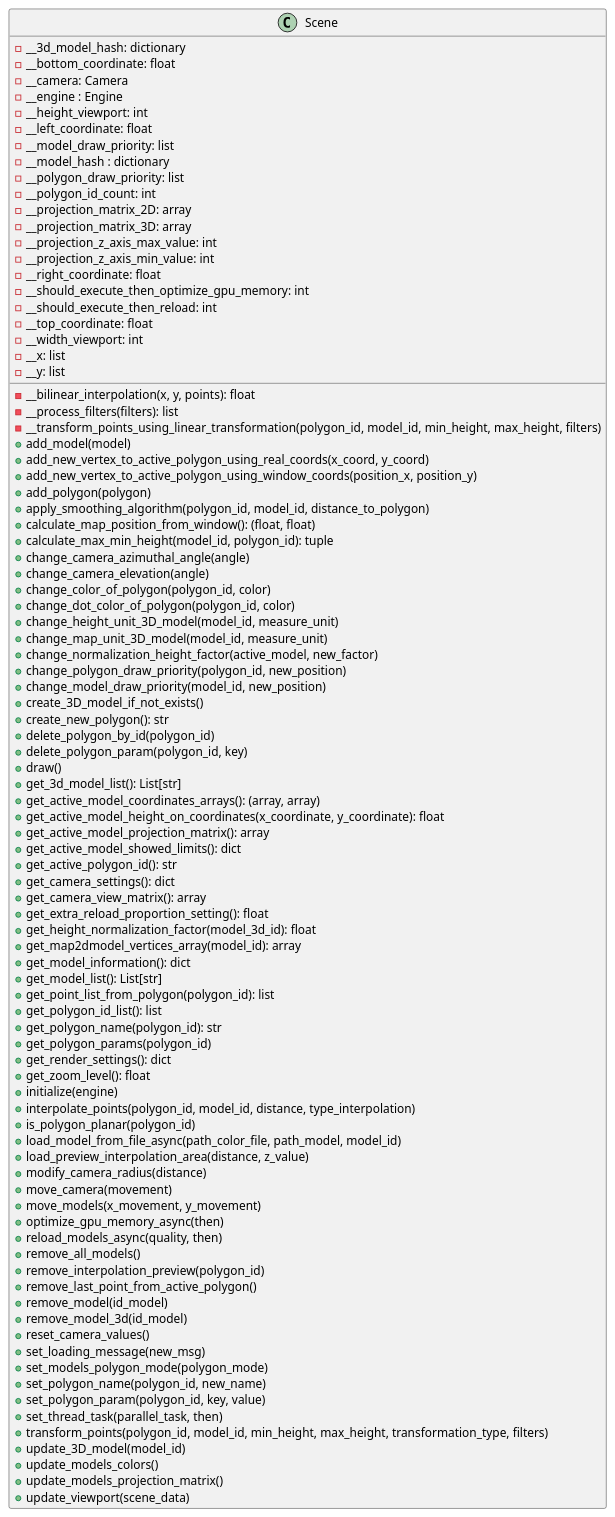
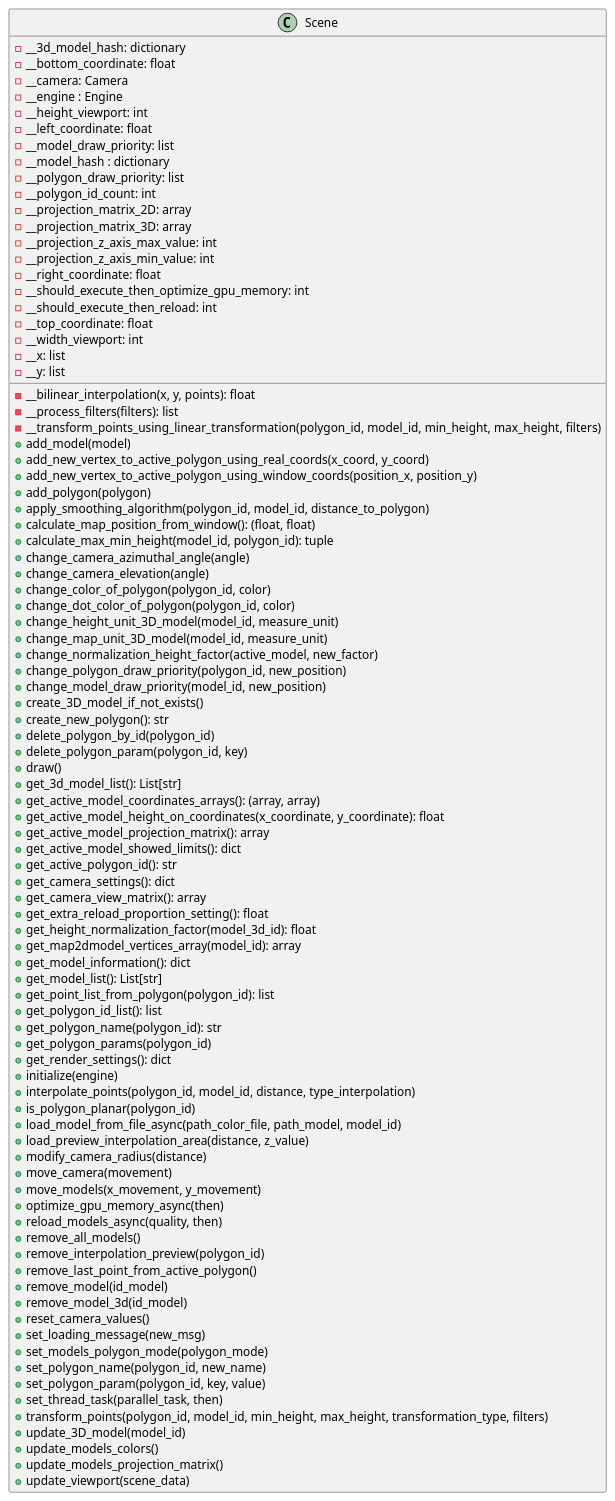
The diagram in docs/classes/Scene.puml (ferpoble2/Relief_Creator), drawn with PlantUML before and after one commit. The commit also changed 1 other file, not shown here.

```diff
--- a/docs/classes/Scene.puml
+++ b/docs/classes/Scene.puml
@@ -1,95 +1,94 @@
 @startuml
             class Scene{
                 - __bilinear_interpolation(x, y, points): float
                 - __process_filters(filters): list
                 - __transform_points_using_linear_transformation(polygon_id, model_id, min_height, max_height, filters)
                 + add_model(model)
                 + add_new_vertex_to_active_polygon_using_real_coords(x_coord, y_coord)
                 + add_new_vertex_to_active_polygon_using_window_coords(position_x, position_y)
                 + add_polygon(polygon)
                 + apply_smoothing_algorithm(polygon_id, model_id, distance_to_polygon)
                 + calculate_map_position_from_window(): (float, float)
                 + calculate_max_min_height(model_id, polygon_id): tuple
                 + change_camera_azimuthal_angle(angle)
                 + change_camera_elevation(angle)
                 + change_color_of_polygon(polygon_id, color)
                 + change_dot_color_of_polygon(polygon_id, color)
                 + change_height_unit_3D_model(model_id, measure_unit)
                 + change_map_unit_3D_model(model_id, measure_unit)
                 + change_normalization_height_factor(active_model, new_factor)
                 + change_polygon_draw_priority(polygon_id, new_position)
                 + change_model_draw_priority(model_id, new_position)
                 + create_3D_model_if_not_exists()
                 + create_new_polygon(): str
                 + delete_polygon_by_id(polygon_id)
                 + delete_polygon_param(polygon_id, key)
                 + draw()
                 + get_3d_model_list(): List[str]
                 + get_active_model_coordinates_arrays(): (array, array)
                 + get_active_model_height_on_coordinates(x_coordinate, y_coordinate): float
                 + get_active_model_projection_matrix(): array
                 + get_active_model_showed_limits(): dict
                 + get_active_polygon_id(): str
                 + get_camera_settings(): dict
                 + get_camera_view_matrix(): array
                 + get_extra_reload_proportion_setting(): float
                 + get_height_normalization_factor(model_3d_id): float
                 + get_map2dmodel_vertices_array(model_id): array
                 + get_model_information(): dict
                 + get_model_list(): List[str]
                 + get_point_list_from_polygon(polygon_id): list
                 + get_polygon_id_list(): list
                 + get_polygon_name(polygon_id): str
                 + get_polygon_params(polygon_id)
                 + get_render_settings(): dict
-                + get_zoom_level(): float
                 + initialize(engine)
                 + interpolate_points(polygon_id, model_id, distance, type_interpolation)
                 + is_polygon_planar(polygon_id)
                 + load_model_from_file_async(path_color_file, path_model, model_id)
                 + load_preview_interpolation_area(distance, z_value)
                 + modify_camera_radius(distance)
                 + move_camera(movement)
                 + move_models(x_movement, y_movement)
                 + optimize_gpu_memory_async(then)
                 + reload_models_async(quality, then)
                 + remove_all_models()
                 + remove_interpolation_preview(polygon_id)
                 + remove_last_point_from_active_polygon()
                 + remove_model(id_model)
                 + remove_model_3d(id_model)
                 + reset_camera_values()
                 + set_loading_message(new_msg)
                 + set_models_polygon_mode(polygon_mode)
                 + set_polygon_name(polygon_id, new_name)
                 + set_polygon_param(polygon_id, key, value)
                 + set_thread_task(parallel_task, then)
                 + transform_points(polygon_id, model_id, min_height, max_height, transformation_type, filters)
                 + update_3D_model(model_id)
                 + update_models_colors()
                 + update_models_projection_matrix()
                 + update_viewport(scene_data)
 
                 - __3d_model_hash: dictionary
                 - __bottom_coordinate: float
                 - __camera: Camera
                 - __engine : Engine
                 - __height_viewport: int
                 - __left_coordinate: float
                 - __model_draw_priority: list
                 - __model_hash : dictionary
                 - __polygon_draw_priority: list
                 - __polygon_id_count: int
                 - __projection_matrix_2D: array
                 - __projection_matrix_3D: array
                 - __projection_z_axis_max_value: int
                 - __projection_z_axis_min_value: int
                 - __right_coordinate: float
                 - __should_execute_then_optimize_gpu_memory: int
                 - __should_execute_then_reload: int
                 - __top_coordinate: float
                 - __width_viewport: int
                 - __x: list
                 - __y: list
             }
 @enduml
```
